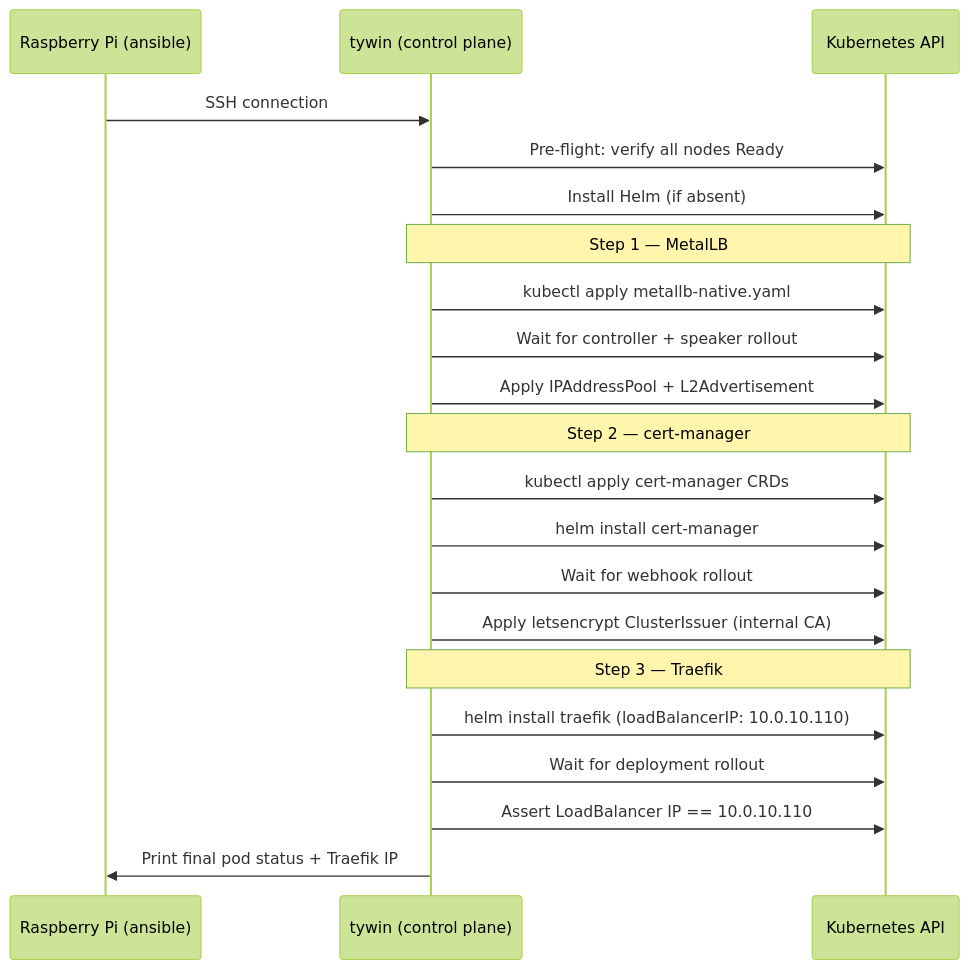
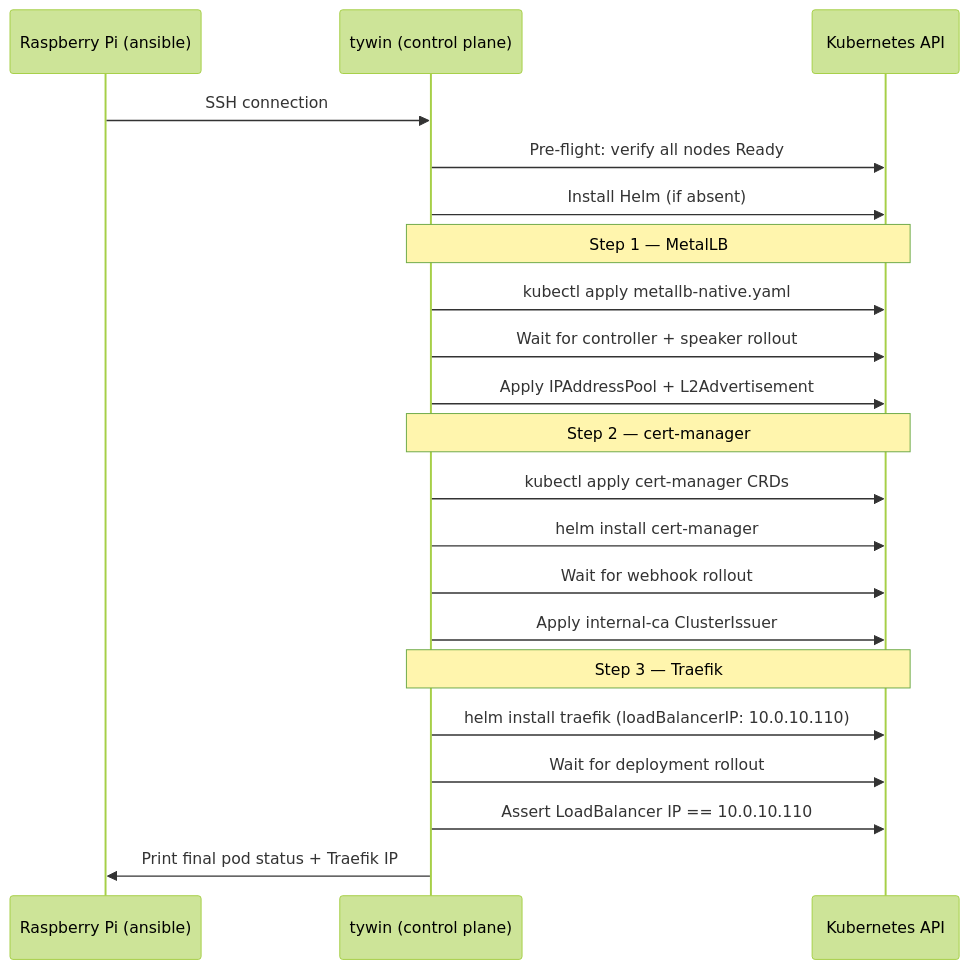
One commit to Kagiso-me/homelab-infrastructure changed the second of 2 diagrams in docs/guides/03-Networking-Platform.md. Above: the diagram before and after it, drawn with Mermaid (forest theme). The commit also changed other lines of this file and 3 other files, not shown here.

````diff
--- a/docs/guides/03-Networking-Platform.md
+++ b/docs/guides/03-Networking-Platform.md
@@ -197,28 +194,28 @@
 ```mermaid
 sequenceDiagram
     participant RPi as Raspberry Pi (ansible)
     participant CP as tywin (control plane)
     participant K8s as Kubernetes API
 
     RPi->>CP: SSH connection
     CP->>K8s: Pre-flight: verify all nodes Ready
     CP->>K8s: Install Helm (if absent)
 
     Note over CP,K8s: Step 1 — MetalLB
     CP->>K8s: kubectl apply metallb-native.yaml
     CP->>K8s: Wait for controller + speaker rollout
     CP->>K8s: Apply IPAddressPool + L2Advertisement
 
     Note over CP,K8s: Step 2 — cert-manager
     CP->>K8s: kubectl apply cert-manager CRDs
     CP->>K8s: helm install cert-manager
     CP->>K8s: Wait for webhook rollout
-    CP->>K8s: Apply letsencrypt ClusterIssuer (internal CA)
+    CP->>K8s: Apply internal-ca ClusterIssuer
 
     Note over CP,K8s: Step 3 — Traefik
     CP->>K8s: helm install traefik (loadBalancerIP: 10.0.10.110)
     CP->>K8s: Wait for deployment rollout
     CP->>K8s: Assert LoadBalancer IP == 10.0.10.110
 
     CP->>RPi: Print final pod status + Traefik IP
 ```
````
